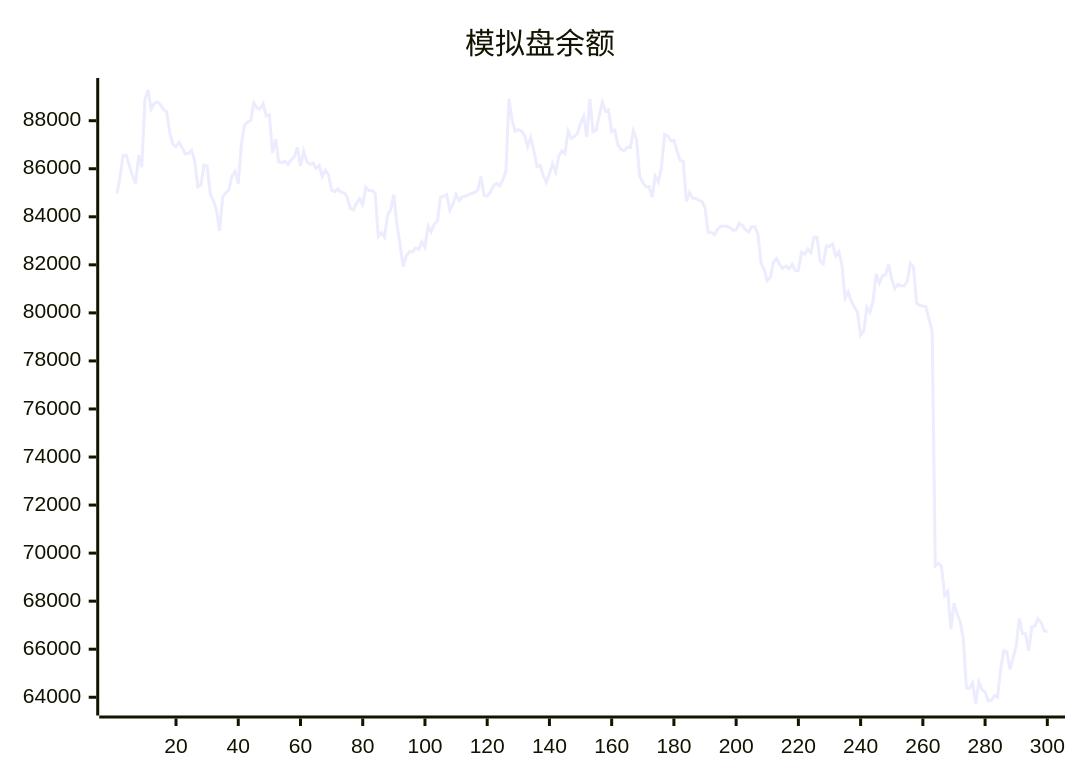
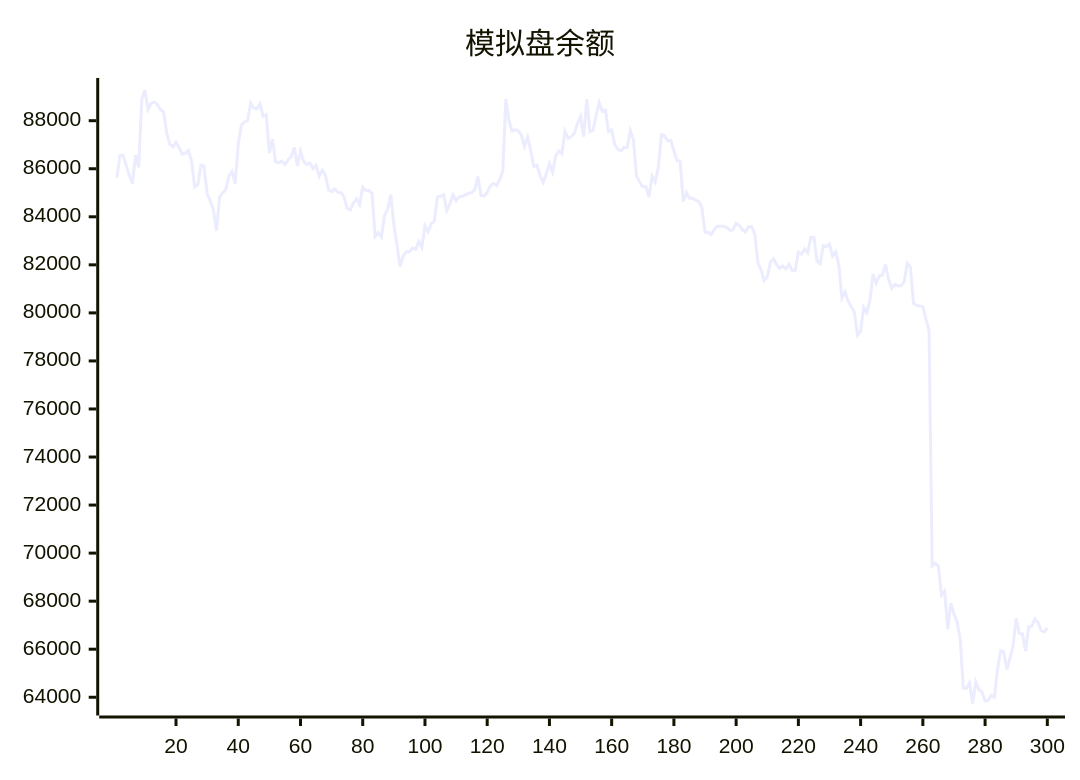
One commit to aahl/ai-trading changed the diagram in README.md. Above: the diagram before and after it, drawn with Mermaid. The commit also changed other lines of this file and 1 other file, not shown here.

````diff
--- a/README.md
+++ b/README.md
@@ -5,5 +5,5 @@
 ```mermaid
 xychart
     title "模拟盘余额"
-    line [84966,85623,86555,86562,86129,85722,85387,86569,86070,88870,89278,88477,88720,88781,88668,88467,88372,87493,87018,86917,87102,86870,86613,86644,86758,86317,85242,85334,86149,86106,84968,84671,84302,83410,84816,85001,85127,85693,85891,85384,87001,87811,87945,88007,88734,88528,88495,88705,88189,88248,86662,87234,86279,86251,86314,86177,86364,86503,86886,86114,86731,86310,86176,86240,86017,86136,85685,85938,85749,85111,85044,85164,85016,85008,84824,84354,84287,84572,84745,84500,85234,85096,85095,84970,83180,83338,83157,84070,84309,84922,83667,82850,81924,82369,82552,82539,82695,82648,82962,82728,83619,83378,83710,83825,84819,84854,84917,84265,84527,84919,84668,84834,84850,84916,84981,85004,85131,85674,84891,84864,85019,85284,85393,85294,85538,85894,88904,88012,87567,87625,87568,87386,86920,87313,86737,86094,86143,85725,85437,85787,86219,85859,86526,86740,86630,87563,87264,87335,87483,87886,88180,87335,88894,87544,87608,88207,88755,88401,88444,87543,87608,87000,86810,86740,86894,86884,87576,87209,85686,85435,85251,85255,84820,85689,85453,86066,87420,87373,87161,87178,86740,86341,86315,84643,85012,84772,84768,84690,84635,84376,83360,83357,83259,83474,83608,83606,83602,83548,83440,83454,83724,83644,83464,83365,83590,83592,83275,82072,81806,81344,81492,82109,82254,82006,81848,81955,81829,82022,81769,81776,82522,82441,82656,82498,83144,83144,82150,82038,82797,82763,82872,82367,82536,81981,80612,80862,80484,80242,80034,79063,79245,80226,80016,80507,81625,81233,81544,81578,82016,81401,81019,81186,81130,81118,81306,82066,81909,80392,80304,80291,80258,79729,79261,69466,69579,69456,68251,68415,66832,67911,67462,67144,66432,64380,64375,64606,63740,64647,64324,64216,63842,63877,64078,64008,65156,65945,65888,65157,65625,66144,67284,66653,66639,65924,66925,66956,67263,67108,66766,66729]
+    line [85623,86555,86562,86129,85722,85387,86569,86070,88870,89278,88477,88720,88781,88668,88467,88372,87493,87018,86917,87102,86870,86613,86644,86758,86317,85242,85334,86149,86106,84968,84671,84302,83410,84816,85001,85127,85693,85891,85384,87001,87811,87945,88007,88734,88528,88495,88705,88189,88248,86662,87234,86279,86251,86314,86177,86364,86503,86886,86114,86731,86310,86176,86240,86017,86136,85685,85938,85749,85111,85044,85164,85016,85008,84824,84354,84287,84572,84745,84500,85234,85096,85095,84970,83180,83338,83157,84070,84309,84922,83667,82850,81924,82369,82552,82539,82695,82648,82962,82728,83619,83378,83710,83825,84819,84854,84917,84265,84527,84919,84668,84834,84850,84916,84981,85004,85131,85674,84891,84864,85019,85284,85393,85294,85538,85894,88904,88012,87567,87625,87568,87386,86920,87313,86737,86094,86143,85725,85437,85787,86219,85859,86526,86740,86630,87563,87264,87335,87483,87886,88180,87335,88894,87544,87608,88207,88755,88401,88444,87543,87608,87000,86810,86740,86894,86884,87576,87209,85686,85435,85251,85255,84820,85689,85453,86066,87420,87373,87161,87178,86740,86341,86315,84643,85012,84772,84768,84690,84635,84376,83360,83357,83259,83474,83608,83606,83602,83548,83440,83454,83724,83644,83464,83365,83590,83592,83275,82072,81806,81344,81492,82109,82254,82006,81848,81955,81829,82022,81769,81776,82522,82441,82656,82498,83144,83144,82150,82038,82797,82763,82872,82367,82536,81981,80612,80862,80484,80242,80034,79063,79245,80226,80016,80507,81625,81233,81544,81578,82016,81401,81019,81186,81130,81118,81306,82066,81909,80392,80304,80291,80258,79729,79261,69466,69579,69456,68251,68415,66832,67911,67462,67144,66432,64380,64375,64606,63740,64647,64324,64216,63842,63877,64078,64008,65156,65945,65888,65157,65625,66144,67284,66653,66639,65924,66925,66956,67263,67108,66766,66729,66886]
 ```
````
